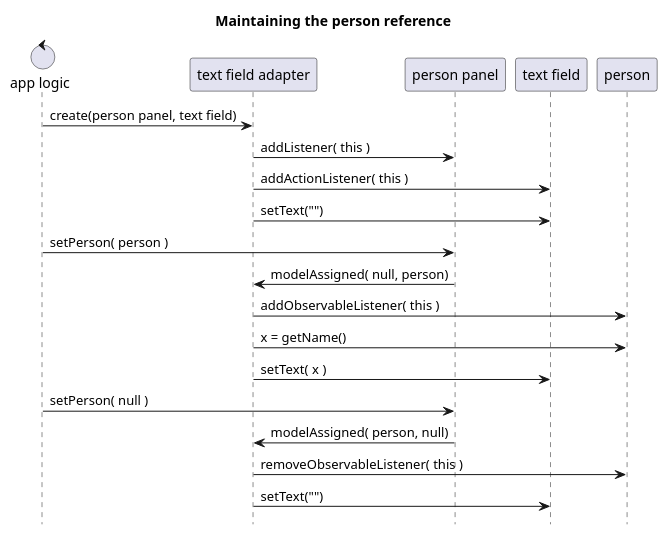
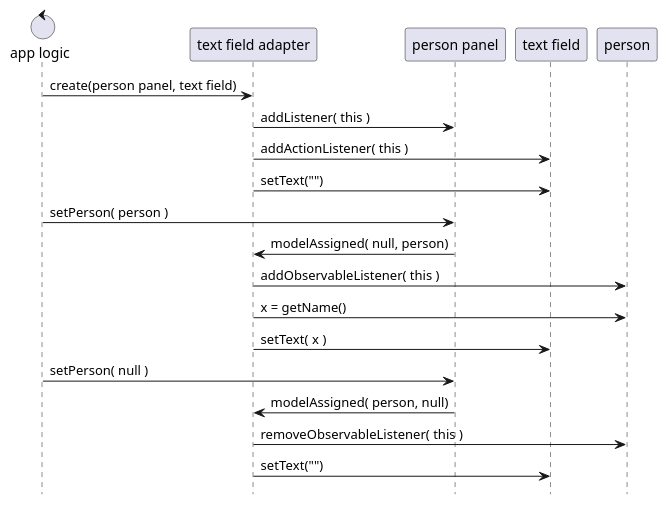
Before and after one commit to goranstack/esox: the seventh of 8 diagrams in gh-pages/src/main/asciidoc/index.adoc, drawn with PlantUML. The commit also changed other lines of this file and 3 other files, not shown here.

```diff
--- a/gh-pages/src/main/asciidoc/index.adoc
+++ b/gh-pages/src/main/asciidoc/index.adoc
@@ -193,24 +197,23 @@
 [plantuml, person-reference, svg]
 ....
 @startuml
 
 hide footbox
-title Maintaining the person reference
 
 control "app logic"
 
 "app logic" -> "text field adapter" : create(person panel, text field)
 "text field adapter" -> "person panel" : addListener( this )
 "text field adapter" -> "text field" : addActionListener( this )
 "text field adapter" -> "text field" : setText("")
 "app logic" -> "person panel" : setPerson( person )
 "person panel" -> "text field adapter" : modelAssigned( null, person)
 "text field adapter" -> person : addObservableListener( this )
 "text field adapter" -> person : x = getName()
 "text field adapter" -> "text field": setText( x )
 "app logic" -> "person panel" : setPerson( null )
 "person panel" -> "text field adapter" : modelAssigned( person, null)
 "text field adapter" -> person : removeObservableListener( this )
 "text field adapter" -> "text field" : setText("")
 @enduml
 ....
```
